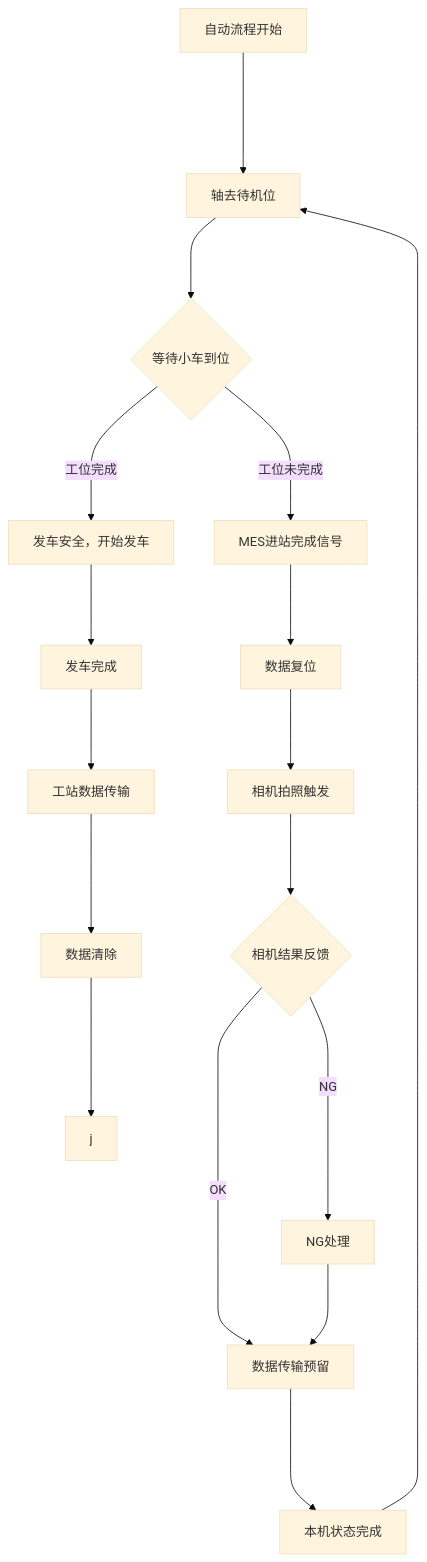
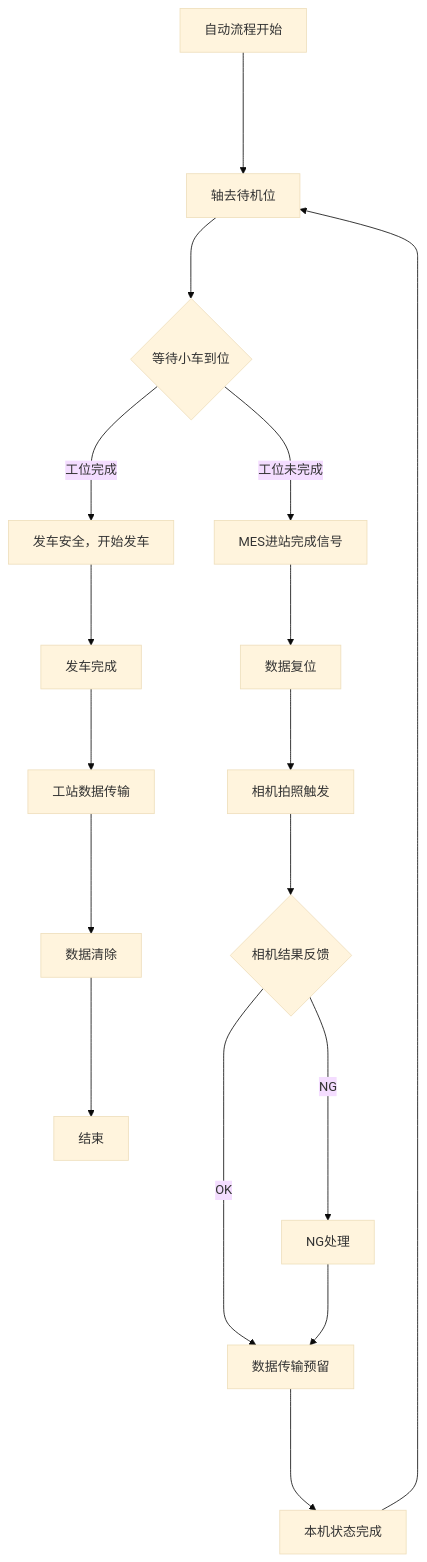
Before and after one commit to zmq000/iodraw-files: the diagram in all/OP70工位相机模组1.md, drawn with Mermaid (base theme).

Commit message:
2026-06-17 19:09:49 update

````diff
--- a/all/OP70工位相机模组1.md
+++ b/all/OP70工位相机模组1.md
@@ -1,21 +1,21 @@
 ```mermaid
 graph TD
 自动流程开始---->10
 10[轴去待机位]--->20
 20{等待小车到位}--->|工位未完成|100
 20--->|工位完成|200
 100[MES进站完成信号]--->110
 110[数据复位]--->120
 120[相机拍照触发]--->130
 130{相机结果反馈}--->|OK|150
 130---->|NG|140
 140[NG处理]--->150
 150[数据传输预留]---->160
 160[本机状态完成]--->10
 200[发车安全，开始发车]--->210
 210[发车完成]--->220
 220[工站数据传输]--->230
 230[数据清除]--->240
-240[j]
+240[结束]
 
 ```
````
